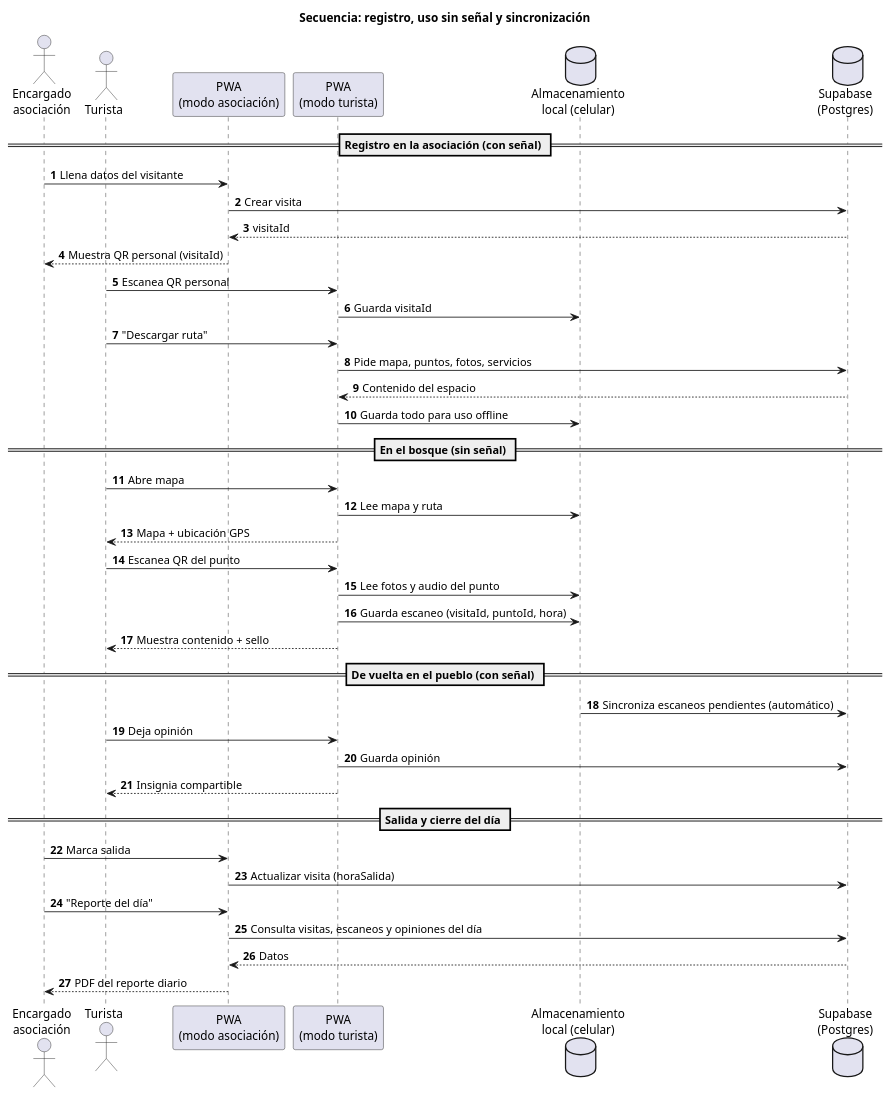
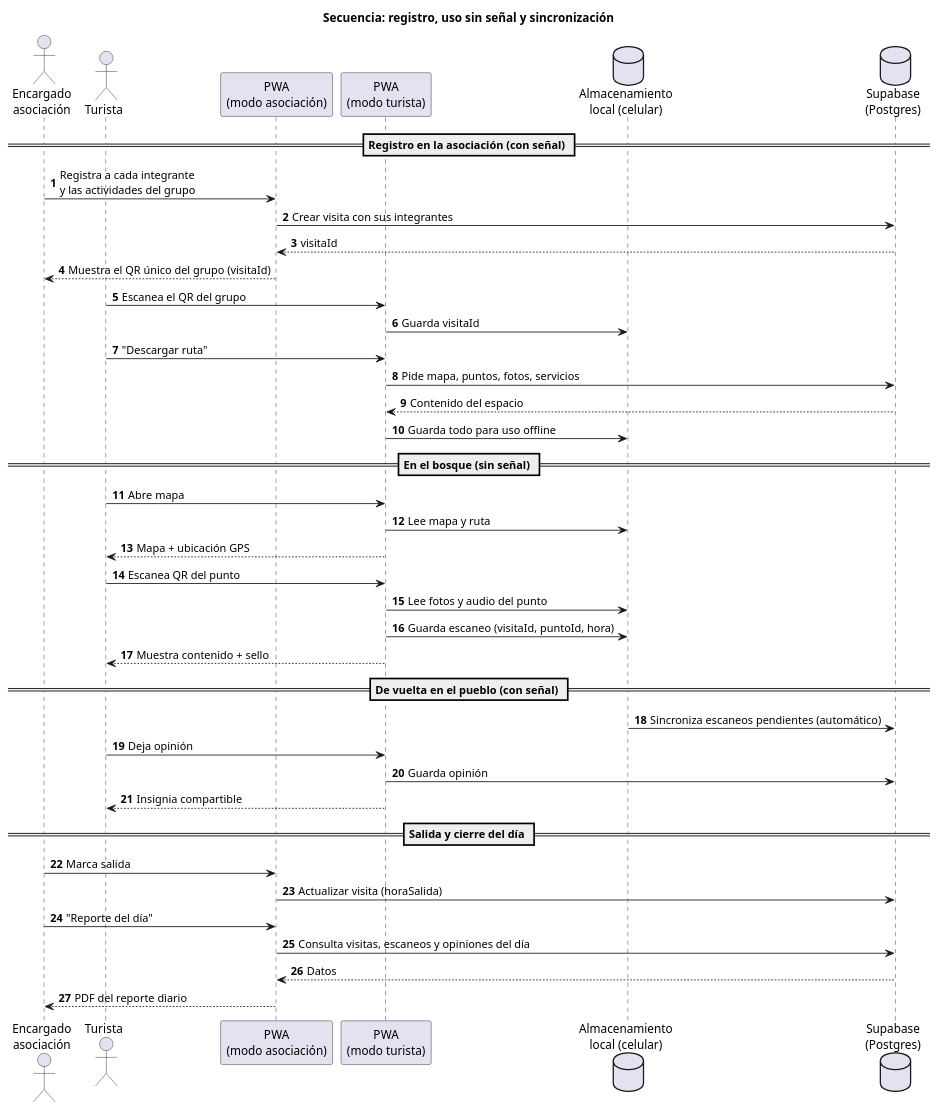
One commit to micioner2/explorador-bosque-seco changed the diagram in docs/diagramas/2-secuencia-registro-sync.puml. Above: the diagram before and after it, drawn with PlantUML. The commit also changed 13 other files, not shown here.

```diff
--- a/docs/diagramas/2-secuencia-registro-sync.puml
+++ b/docs/diagramas/2-secuencia-registro-sync.puml
@@ -1,49 +1,49 @@
 @startuml secuencia_registro
 title Secuencia: registro, uso sin señal y sincronización
 skinparam shadowing false
 skinparam defaultFontName Arial
 autonumber
 
 actor "Encargado\nasociación" as E
 actor Turista as T
 participant "PWA\n(modo asociación)" as PA
 participant "PWA\n(modo turista)" as PT
 database "Almacenamiento\nlocal (celular)" as L
 database "Supabase\n(Postgres)" as F
 
 == Registro en la asociación (con señal) ==
-E -> PA : Llena datos del visitante
-PA -> F : Crear visita
+E -> PA : Registra a cada integrante\ny las actividades del grupo
+PA -> F : Crear visita con sus integrantes
 F --> PA : visitaId
-PA --> E : Muestra QR personal (visitaId)
+PA --> E : Muestra el QR único del grupo (visitaId)
 
-T -> PT : Escanea QR personal
+T -> PT : Escanea el QR del grupo
 PT -> L : Guarda visitaId
 T -> PT : "Descargar ruta"
 PT -> F : Pide mapa, puntos, fotos, servicios
 F --> PT : Contenido del espacio
 PT -> L : Guarda todo para uso offline
 
 == En el bosque (sin señal) ==
 T -> PT : Abre mapa
 PT -> L : Lee mapa y ruta
 PT --> T : Mapa + ubicación GPS
 T -> PT : Escanea QR del punto
 PT -> L : Lee fotos y audio del punto
 PT -> L : Guarda escaneo (visitaId, puntoId, hora)
 PT --> T : Muestra contenido + sello
 
 == De vuelta en el pueblo (con señal) ==
 L -> F : Sincroniza escaneos pendientes (automático)
 T -> PT : Deja opinión
 PT -> F : Guarda opinión
 PT --> T : Insignia compartible
 
 == Salida y cierre del día ==
 E -> PA : Marca salida
 PA -> F : Actualizar visita (horaSalida)
 E -> PA : "Reporte del día"
 PA -> F : Consulta visitas, escaneos y opiniones del día
 F --> PA : Datos
 PA --> E : PDF del reporte diario
 @enduml
```
